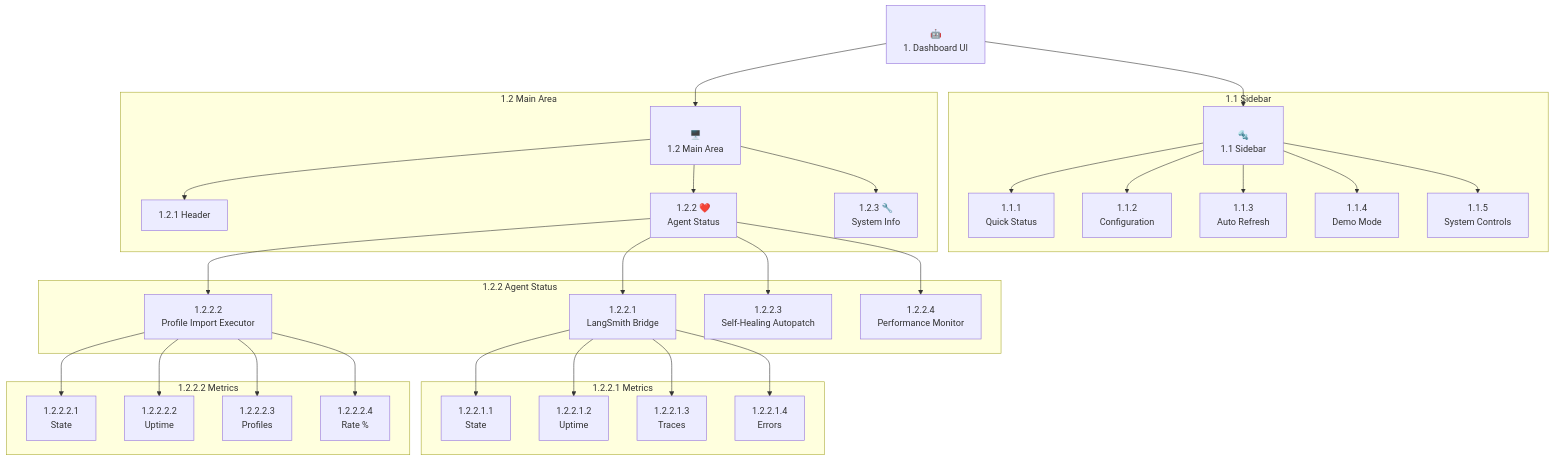
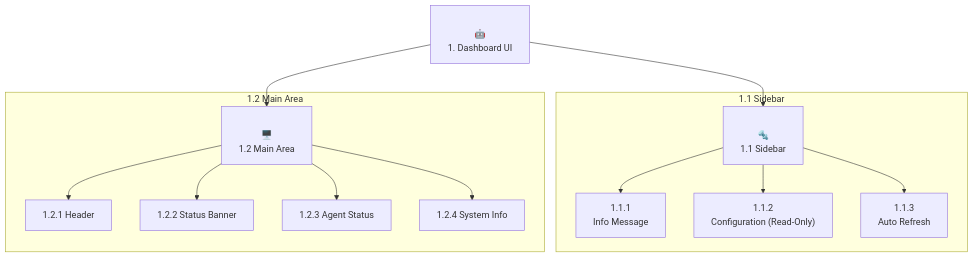
The diagram in background_agents_dashboard_ui.md (Kausiukas/System-Reference), drawn with Mermaid before and after one commit. The commit also changed other lines of this file and 3 other files, not shown here.

````diff
--- a/background_agents_dashboard_ui.md
+++ b/background_agents_dashboard_ui.md
@@ -99,40 +60,18 @@
 ```mermaid
 graph TD
     A1["<br/>🤖<br/>1. Dashboard UI<br/>"] --> B1["<br/>🔩<br/>1.1 Sidebar<br/>"];
     A1 --> C1["<br/>🖥️<br/>1.2 Main Area<br/>"];
 
     subgraph "1.1 Sidebar"
-        B1 --> B1.1["1.1.1<br/>Quick Status"];
-        B1 --> B1.2["1.1.2<br/>Configuration"];
+        B1 --> B1.1["1.1.1<br/>Info Message"];
+        B1 --> B1.2["1.1.2<br/>Configuration (Read-Only)"];
         B1 --> B1.3["1.1.3<br/>Auto Refresh"];
-        B1 --> B1.4["1.1.4<br/>Demo Mode"];
-        B1 --> B1.5["1.1.5<br/>System Controls"];
     end
 
     subgraph "1.2 Main Area"
         C1 --> C1.1["1.2.1 Header"];
-        C1 --> C1.2["1.2.2 ❤️<br/>Agent Status"];
-        C1 --> C1.3["1.2.3 🔧<br/>System Info"];
-    end
-
-    subgraph "1.2.2 Agent Status"
-        C1.2 --> D1["1.2.2.1<br/>LangSmith Bridge"];
-        C1.2 --> D2["1.2.2.2<br/>Profile Import Executor"];
-        C1.2 --> D3["1.2.2.3<br/>Self-Healing Autopatch"];
-        C1.2 --> D4["1.2.2.4<br/>Performance Monitor"];
-    end
-    
-    subgraph "1.2.2.1 Metrics"
-        D1 --> E1["1.2.2.1.1<br/>State"];
-        D1 --> E2["1.2.2.1.2<br/>Uptime"];
-        D1 --> E3["1.2.2.1.3<br/>Traces"];
-        D1 --> E4["1.2.2.1.4<br/>Errors"];
-    end
-    
-    subgraph "1.2.2.2 Metrics"
-        D2 --> F1["1.2.2.2.1<br/>State"];
-        D2 --> F2["1.2.2.2.2<br/>Uptime"];
-        D2 --> F3["1.2.2.2.3<br/>Profiles"];
-        D2 --> F4["1.2.2.2.4<br/>Rate %"];
+        C1 --> C1.2["1.2.2 Status Banner"];
+        C1 --> C1.3["1.2.3 Agent Status"];
+        C1 --> C1.4["1.2.4 System Info"];
     end
 ``` 
````
